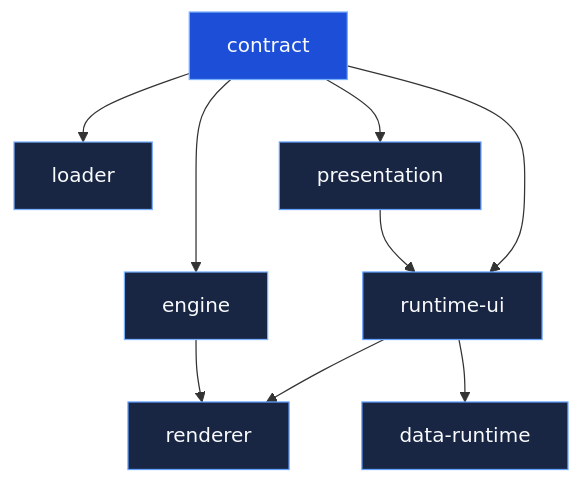
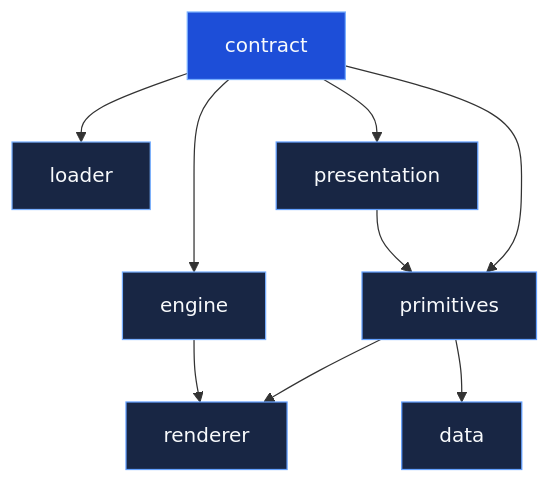
One commit to ikary-platform/ikary-manifest changed the first of 2 diagrams in docs/packages/overview.md. Above: the diagram before and after it, drawn with Mermaid. The commit also changed other lines of this file and 787 other files, not shown here.

````diff
--- a/docs/packages/overview.md
+++ b/docs/packages/overview.md
@@ -21,19 +46,19 @@
 ```mermaid
 graph TD
     contract[contract] --> loader[loader]
     contract --> engine[engine]
     contract --> presentation[presentation]
-    contract --> runtimeui[runtime-ui]
-    presentation --> runtimeui
-    runtimeui --> renderer[renderer]
-    runtimeui --> dataruntime[data-runtime]
+    contract --> primitives[primitives]
+    presentation --> primitives
+    primitives --> renderer[renderer]
+    primitives --> data[data]
     engine --> renderer
 
     style contract fill:#1d4ed8,stroke:#78afff,color:#f8fafc
     style loader fill:#182644,stroke:#78afff,color:#f8fafc
     style engine fill:#182644,stroke:#78afff,color:#f8fafc
     style presentation fill:#182644,stroke:#63a0ff,color:#f8fafc
-    style runtimeui fill:#182644,stroke:#63a0ff,color:#f8fafc
+    style primitives fill:#182644,stroke:#63a0ff,color:#f8fafc
     style renderer fill:#182644,stroke:#63a0ff,color:#f8fafc
-    style dataruntime fill:#182644,stroke:#63a0ff,color:#f8fafc
+    style data fill:#182644,stroke:#63a0ff,color:#f8fafc
 ```
````
